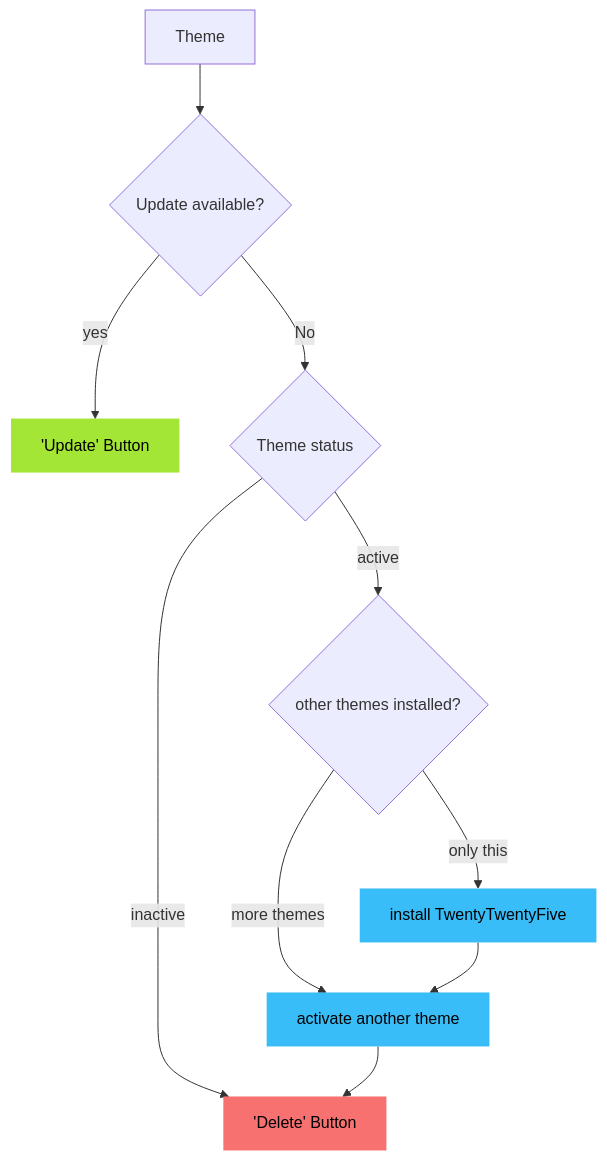
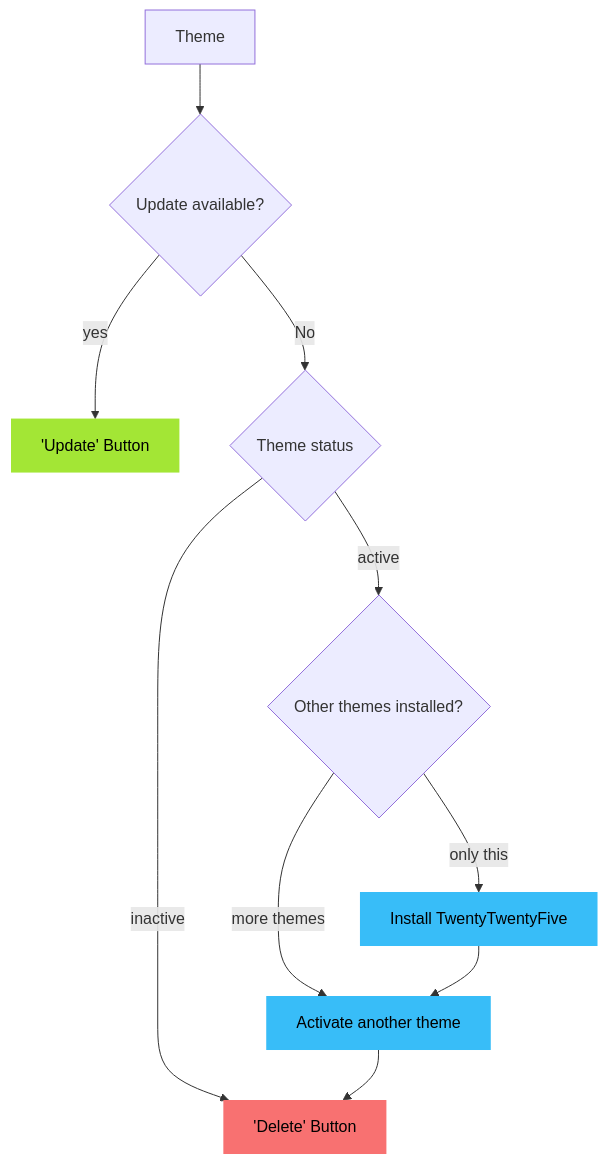
The fourth of 4 diagrams in packages/wp-plugin/ionos-essentials/inc/wpscan/README.md (IONOS-WordPress/ionos-wordpress), drawn with Mermaid before and after one commit. The commit also changed other lines of this file, not shown here.

````diff
--- a/packages/wp-plugin/ionos-essentials/inc/wpscan/README.md
+++ b/packages/wp-plugin/ionos-essentials/inc/wpscan/README.md
@@ -61,23 +61,23 @@
 ```mermaid
 flowchart TD
   A[Theme] --> B{Update available?}
   B -- yes --> F['Update' Button]
 
   B -- No --> D{Theme status}
   D -- inactive --> X['Delete' Button]
-  D -- active -->E{other themes installed?}
-  E -- only this --> H[install TwentyTwentyFive ]
-  E -- more themes --> G[activate another theme]
+  D -- active -->E{Other themes installed?}
+  E -- only this --> H[Install TwentyTwentyFive]
+  E -- more themes --> G[Activate another theme]
   H --> G
   G --> X
 
   classDef greenNode fill:#a3e635,stroke-width:0px,color:#000;
   class F greenNode;
 
   classDef blueNode fill:#38bdf8,stroke-width:0px,color:#000;
   class G blueNode;
   class H blueNode
 
   classDef redNode fill:#f87171,stroke-width:0px,color:#000;
   class X redNode;
 ```
````
